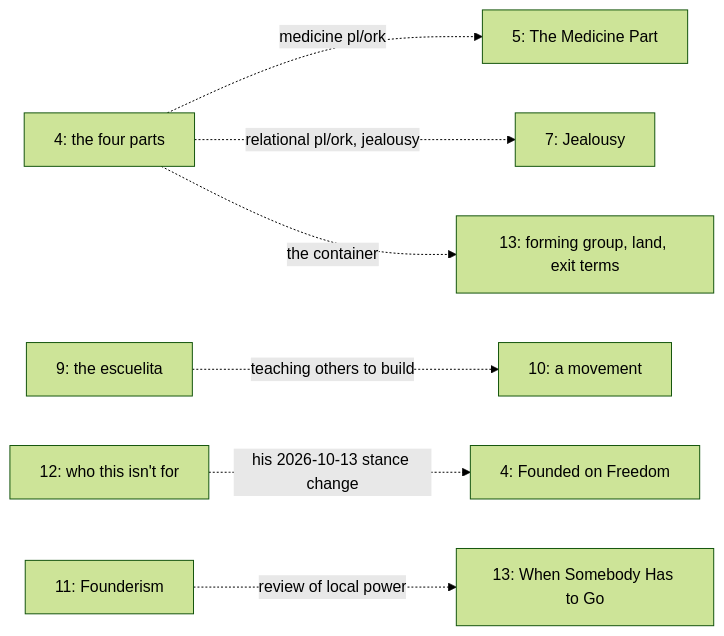
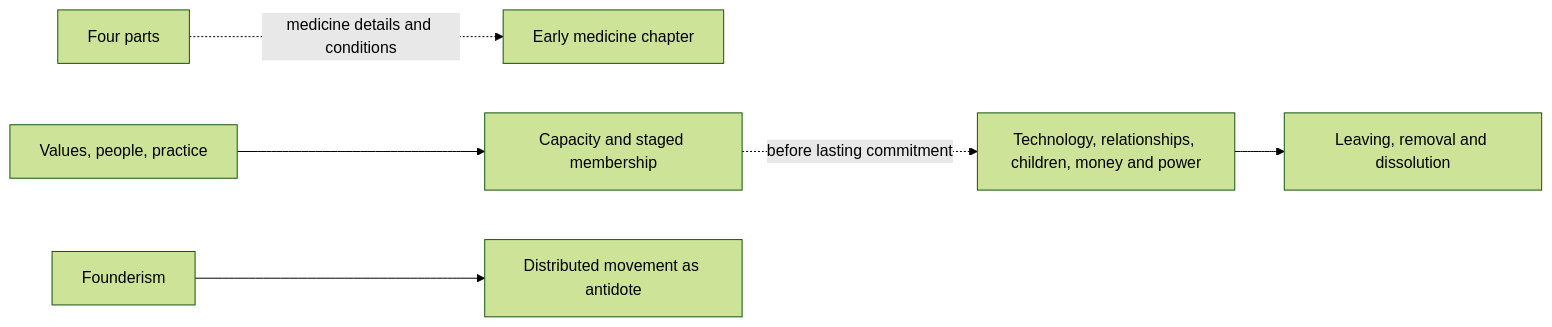
The second of 2 diagrams in articles/intentional-communities/ARCHITECTURE.md (u-dont-existDOTcom/joel-articles), drawn with Mermaid (forest theme) before and after one commit. The commit also changed other lines of this file and 21 other files, not shown here.

````diff
--- a/articles/intentional-communities/ARCHITECTURE.md
+++ b/articles/intentional-communities/ARCHITECTURE.md
@@ -36,9 +33,8 @@
 ```mermaid
 flowchart LR
-    s4p["4: the four parts"] -. "medicine pl/ork" .-> s5p["5: The Medicine Part"]
-    s4p -. "relational pl/ork, jealousy" .-> s7p["7: Jealousy"]
-    s4p -. "the container" .-> s13p["13: forming group, land, exit terms"]
-    s9p["9: the escuelita"] -. "teaching others to build" .-> s10p["10: a movement"]
-    s12p["12: who this isn't for"] -. "his 2026-10-13 stance change" .-> s4f["4: Founded on Freedom"]
-    s11p["11: Founderism"] -. "review of local power" .-> s13w["13: When Somebody Has to Go"]
+    model["Four parts"] -. "medicine details and conditions" .-> medicine["Early medicine chapter"]
+    values["Values, people, practice"] --> fit["Capacity and staged membership"]
+    fit -. "before lasting commitment" .-> terms["Technology, relationships, children, money and power"]
+    founder["Founderism"] --> movement["Distributed movement as antidote"]
+    terms --> exit["Leaving, removal and dissolution"]
 ```
````
